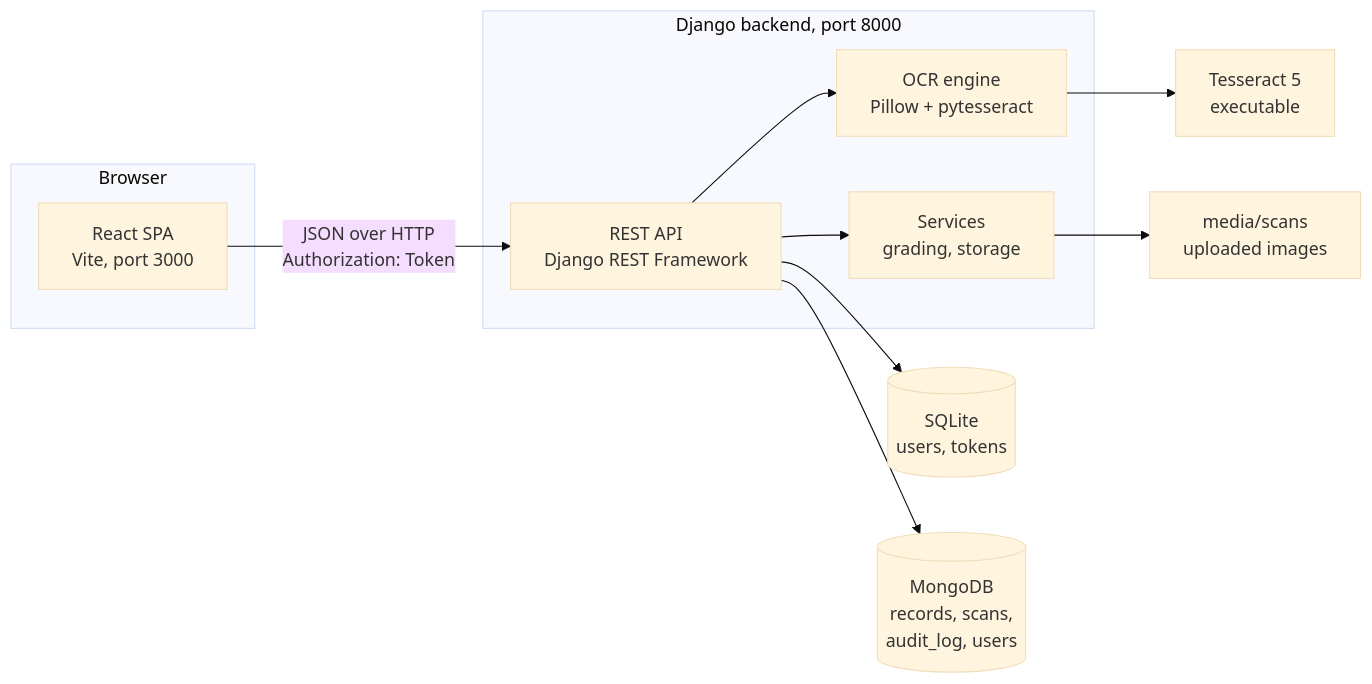
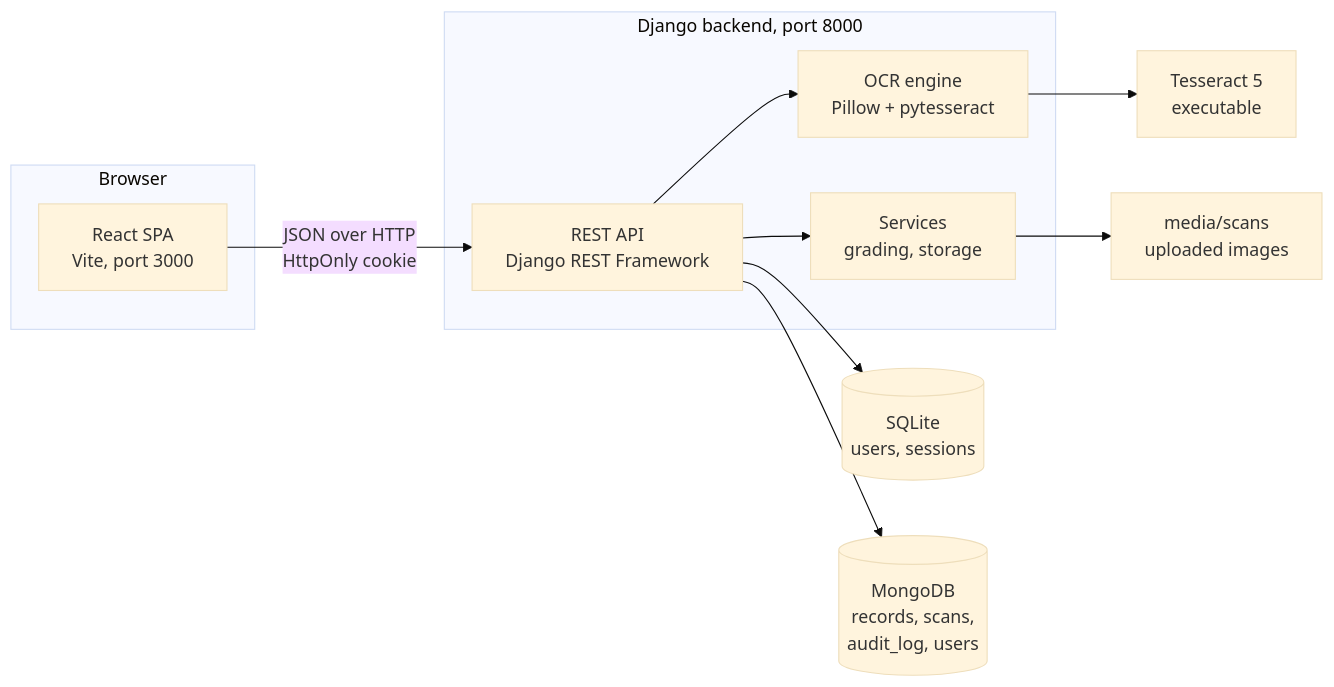
One commit to chunggles/OCRIS changed the first of 3 diagrams in docs/ARCHITECTURE.md. Above: the diagram before and after it, drawn with Mermaid (base theme). The commit also changed other lines of this file and 51 other files, not shown here.

````diff
--- a/docs/ARCHITECTURE.md
+++ b/docs/ARCHITECTURE.md
@@ -11,23 +11,23 @@
 ```mermaid
 flowchart LR
     subgraph Browser
         UI[React SPA<br/>Vite, port 3000]
     end
     subgraph Server["Django backend, port 8000"]
         API[REST API<br/>Django REST Framework]
         OCR[OCR engine<br/>Pillow + pytesseract]
         SVC[Services<br/>grading, storage]
     end
     TESS[Tesseract 5<br/>executable]
-    SQL[(SQLite<br/>users, tokens)]
+    SQL[(SQLite<br/>users, sessions)]
     MONGO[(MongoDB<br/>records, scans,<br/>audit_log, users)]
     DISK["media/scans<br/>uploaded images"]
 
-    UI -- "JSON over HTTP<br/>Authorization: Token" --> API
+    UI -- "JSON over HTTP<br/>HttpOnly cookie" --> API
     API --> OCR
     API --> SVC
     OCR --> TESS
     API --> SQL
     API --> MONGO
     SVC --> DISK
 ```
````
